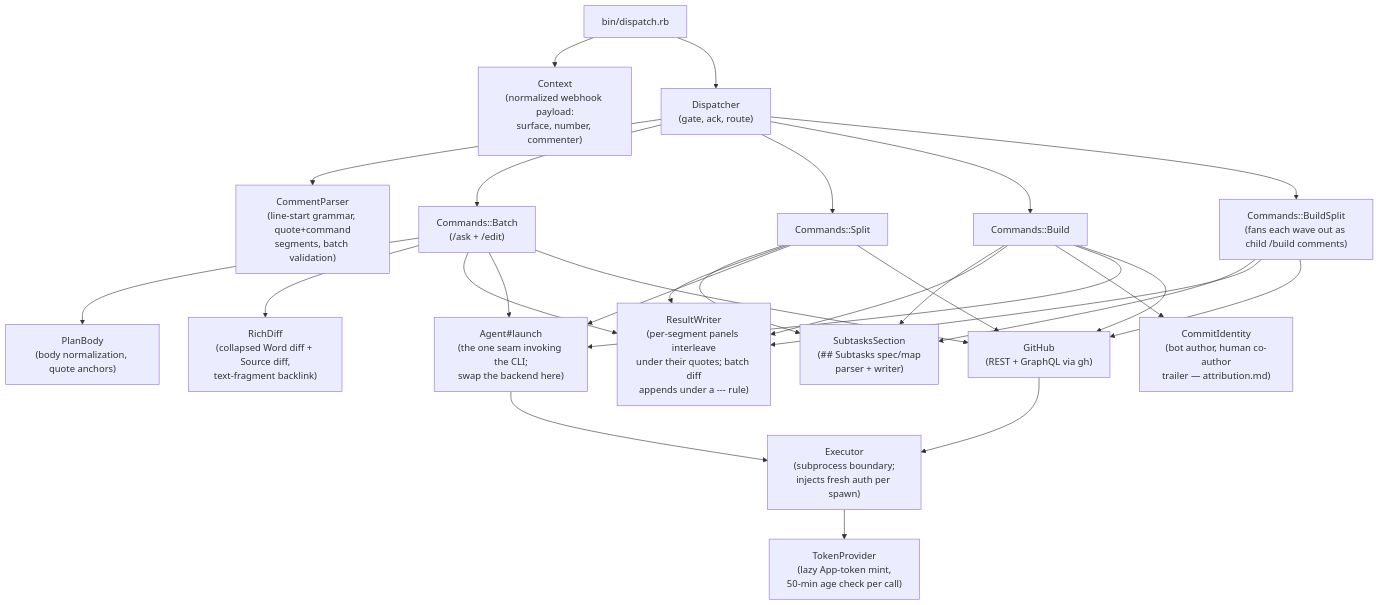
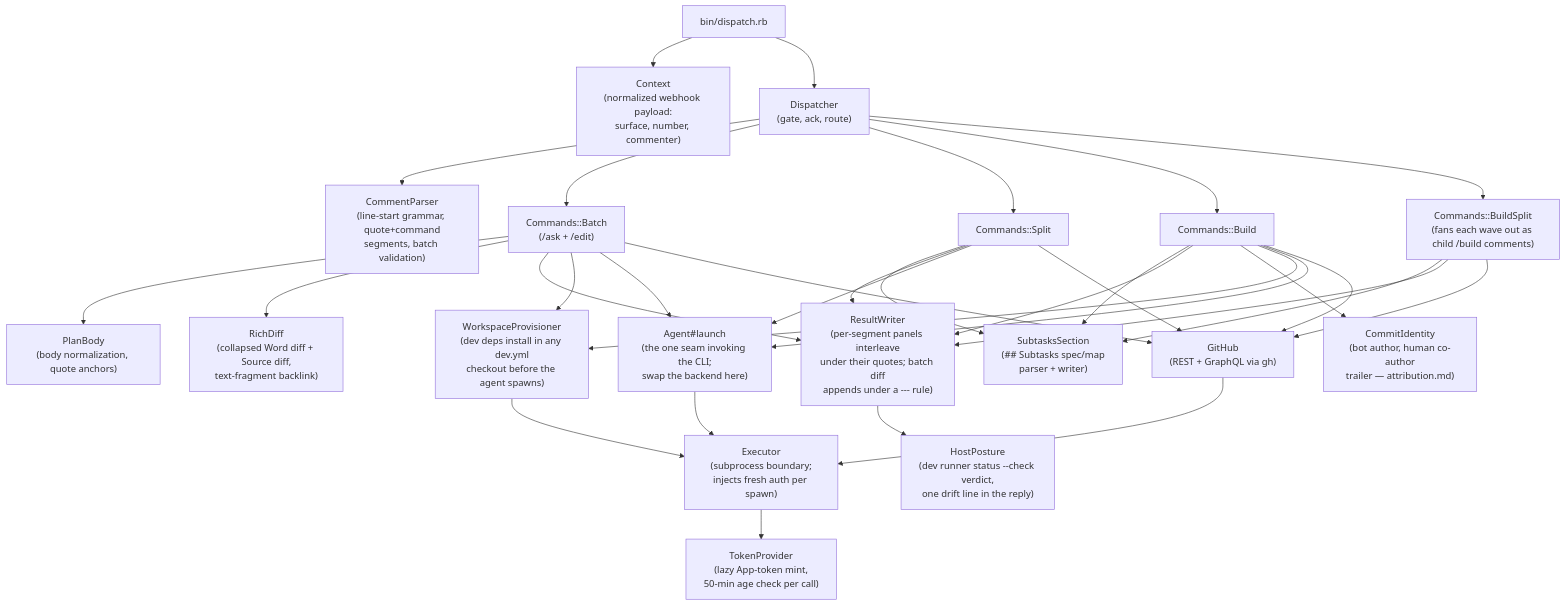
Before and after one commit to d3mlabs/ai-flow: the third of 7 diagrams in docs/architecture.md, drawn with Mermaid. The commit also changed 21 other files, not shown here.

First line of the commit message:
Host posture in the reply; /edit and /learn provision like /build

````diff
--- a/docs/architecture.md
+++ b/docs/architecture.md
@@ -168,32 +168,36 @@
 ```mermaid
 flowchart TD
     entry["bin/dispatch.rb"] --> ctx["Context<br/>(normalized webhook payload:<br/>surface, number, commenter)"]
     entry --> disp["Dispatcher<br/>(gate, ack, route)"]
     disp --> parser["CommentParser<br/>(line-start grammar, quote+command<br/>segments, batch validation)"]
     disp --> batchCmd["Commands::Batch<br/>(/ask + /edit)"]
     disp --> splitCmd["Commands::Split"]
     disp --> buildCmd["Commands::Build"]
     disp --> buildSplitCmd["Commands::BuildSplit<br/>(fans each wave out as child /build comments)"]
 
     splitCmd --> subtasksSection["SubtasksSection<br/>(## Subtasks spec/map<br/>parser + writer)"]
     buildCmd --> subtasksSection
     buildSplitCmd --> subtasksSection
     batchCmd --> planBody["PlanBody<br/>(body normalization, quote anchors)"]
     batchCmd --> richDiff["RichDiff<br/>(collapsed Word diff + Source diff,<br/>text-fragment backlink)"]
     batchCmd --> resultWriter["ResultWriter<br/>(per-segment panels interleave<br/>under their quotes; batch diff<br/>appends under a --- rule)"]
     splitCmd --> resultWriter
     buildCmd --> resultWriter
     buildSplitCmd --> resultWriter
     buildCmd --> commitIdentity["CommitIdentity<br/>(bot author, human co-author<br/>trailer — attribution.md)"]
+    batchCmd --> provisioner["WorkspaceProvisioner<br/>(dev deps install in any dev.yml<br/>checkout before the agent spawns)"]
+    buildCmd --> provisioner
+    resultWriter --> hostPosture["HostPosture<br/>(dev runner status --check verdict,<br/>one drift line in the reply)"]
 
     batchCmd --> agent["Agent#launch<br/>(the one seam invoking the CLI;<br/>swap the backend here)"]
     splitCmd --> agent
     buildCmd --> agent
     batchCmd --> gh["GitHub<br/>(REST + GraphQL via gh)"]
     splitCmd --> gh
     buildCmd --> gh
     buildSplitCmd --> gh
     agent --> exec["Executor<br/>(subprocess boundary;<br/>injects fresh auth per spawn)"]
     gh --> exec
+    provisioner --> exec
     exec --> tokenProvider["TokenProvider<br/>(lazy App-token mint,<br/>50-min age check per call)"]
 ```
````
